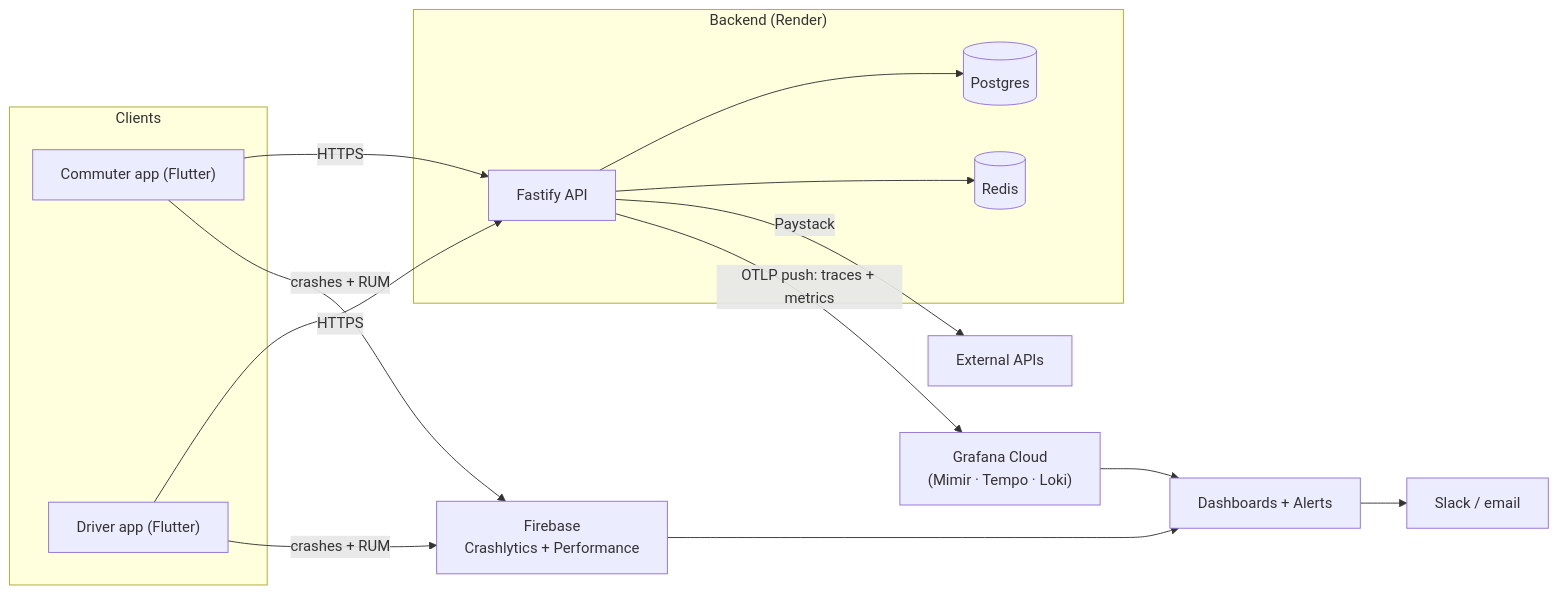
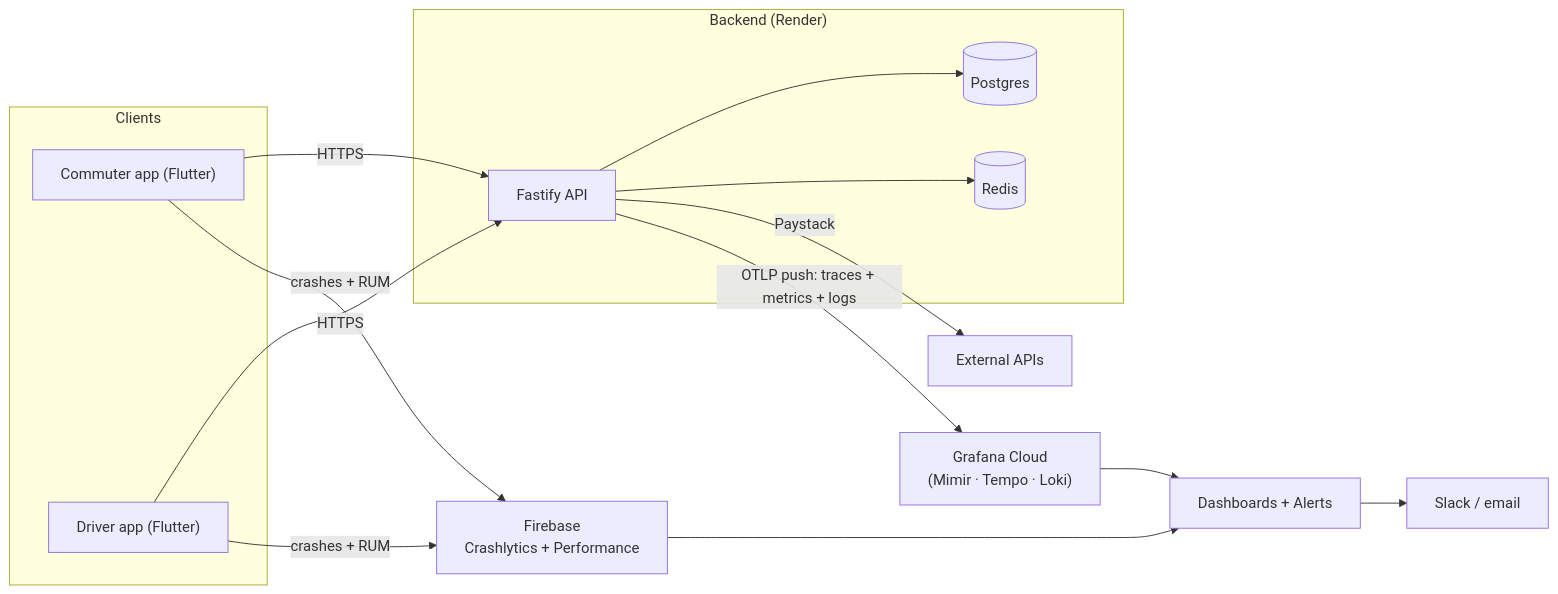
The diagram in docs/design/observability.md (TROTXI/mobility-core), drawn with Mermaid before and after one commit. The commit also changed other lines of this file and 3 other files, not shown here.

First line of the commit message:
feat(observability): trace↔log correlation — pino logs carry trace_id, shipped to Loki

````diff
--- a/docs/design/observability.md
+++ b/docs/design/observability.md
@@ -62,26 +62,26 @@
 ```mermaid
 flowchart LR
   subgraph Clients
     CA["Commuter app (Flutter)"]
     DA["Driver app (Flutter)"]
   end
   subgraph Backend["Backend (Render)"]
     API["Fastify API"]
     PG[("Postgres")]
     RD[("Redis")]
   end
 
   CA -->|HTTPS| API
   DA -->|HTTPS| API
   API --> PG
   API --> RD
   API -->|Paystack| EXT["External APIs"]
 
   CA -->|crashes + RUM| FB["Firebase\nCrashlytics + Performance"]
   DA -->|crashes + RUM| FB
-  API -->|"OTLP push: traces + metrics"| GC["Grafana Cloud\n(Mimir · Tempo · Loki)"]
+  API -->|"OTLP push: traces + metrics + logs"| GC["Grafana Cloud\n(Mimir · Tempo · Loki)"]
 
   FB --> DASH["Dashboards + Alerts"]
   GC --> DASH
   DASH --> ONCALL["Slack / email"]
 ```
````
